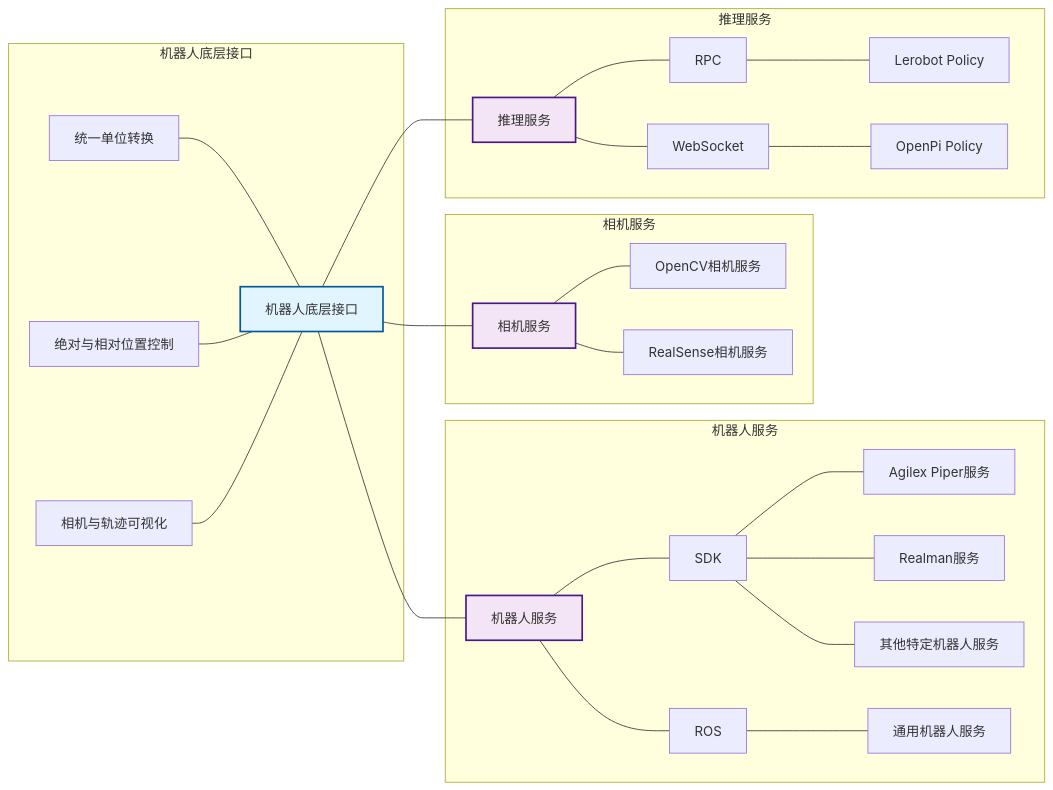
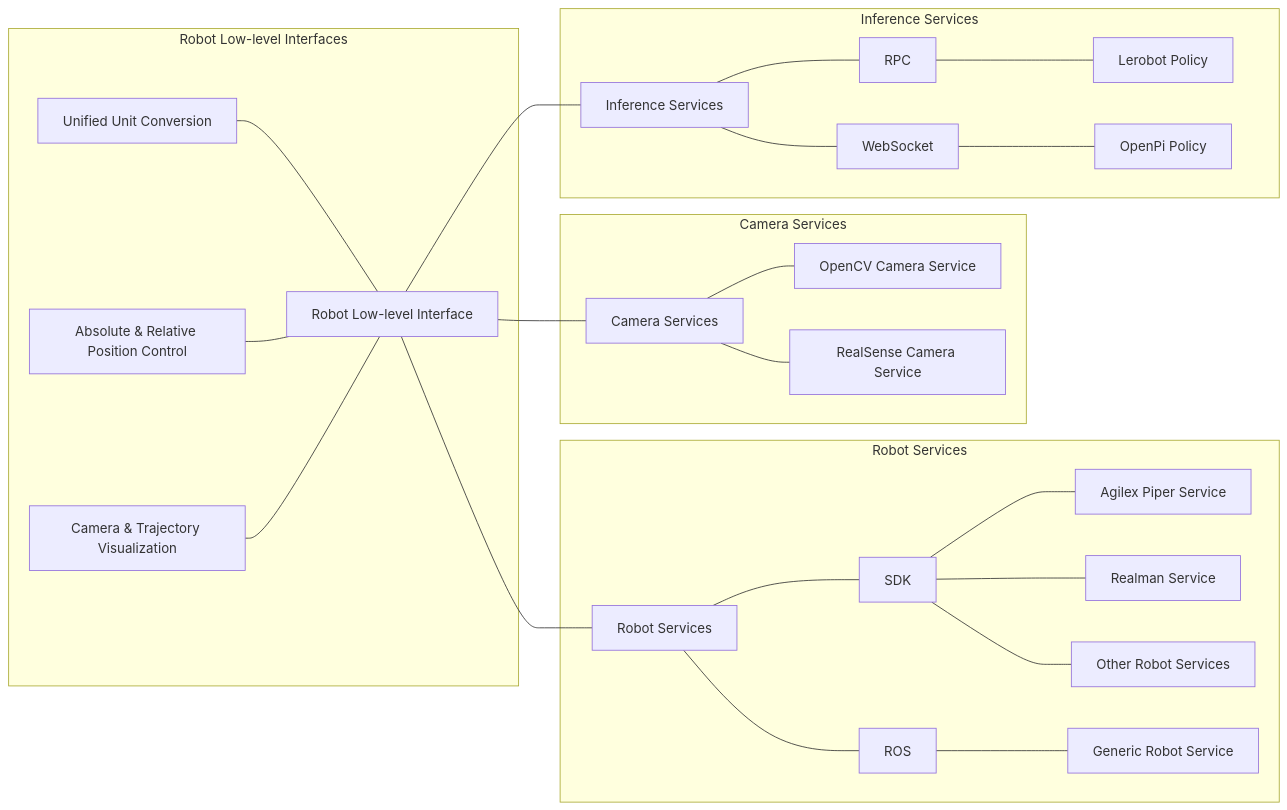
One commit to FlagOpen/RoboCOIN changed the first of 5 diagrams in README_zh-CN.md. Above: the diagram before and after it, drawn with Mermaid. The commit also changed other lines of this file and 1 other file, not shown here.

````diff
--- a/README_zh-CN.md
+++ b/README_zh-CN.md
@@ -86,70 +87,62 @@
 ```mermaid
 graph LR
-    subgraph 机器人底层接口
-    A1[统一单位转换]
-    A2[绝对与相对位置控制]
-    A3[相机与轨迹可视化]
-    A[机器人底层接口]
+    subgraph Robot Low-level Interfaces
+    A1[Unified Unit Conversion]
+    A2[Absolute & Relative Position Control]
+    A3[Camera & Trajectory Visualization]
+    A[Robot Low-level Interface]
     end
     
-    %% 机器人服务层
-    subgraph 机器人服务
-    C[机器人服务]
+    %% Robot Service Layer
+    subgraph Robot Services
+    C[Robot Services]
     C1[SDK]
     C2[ROS]
-    C11[Agilex Piper服务]
-    C12[Realman服务]
-    C13[其他特定机器人服务]
-    C21[通用机器人服务]
+    C11[Agilex Piper Service]
+    C12[Realman Service]
+    C13[Other Robot Services]
+    C21[Generic Robot Service]
     end
     
-    %% 相机服务层
-    subgraph 相机服务
-    D[相机服务]
-    D1[OpenCV相机服务]
-    D2[RealSense相机服务]
+    %% Camera Service Layer
+    subgraph Camera Services
+    D[Camera Services]
+    D1[OpenCV Camera Service]
+    D2[RealSense Camera Service]
     end
     
-    %% 推理服务层
-    subgraph 推理服务
-    E[推理服务]
+    %% Inference Service Layer
+    subgraph Inference Services
+    E[Inference Services]
     E1[RPC]
     E11[Lerobot Policy]
     E2[WebSocket]
     E21[OpenPi Policy]
     end
     
-    %% 连接关系
+    %% Connection Relationships
 
     A1 --- A
     A2 --- A
     A3 --- A
 
     C --- C1
     C --- C2
     C1 --- C11
     C1 --- C12
     C1 --- C13
     C2 --- C21
     
     D --- D1
     D --- D2
 
     E --- E1
     E1 --- E11
     E --- E2
     E2 --- E21
 
     A --- C
     A --- D
     A --- E
     
-    %% 样式定义
-    classDef interfaceClass fill:#e1f5fe,stroke:#01579b,stroke-width:2px
-    classDef serviceClass fill:#f3e5f5,stroke:#4a148c,stroke-width:2px
-    classDef functionClass fill:#e8f5e8,stroke:#1b5e20,stroke-width:2px
-    
-    class A interfaceClass
-    class B,C,D,E serviceClass
-    class B1,B2,B3,B4,C31,C32 functionClass
 ```
````
